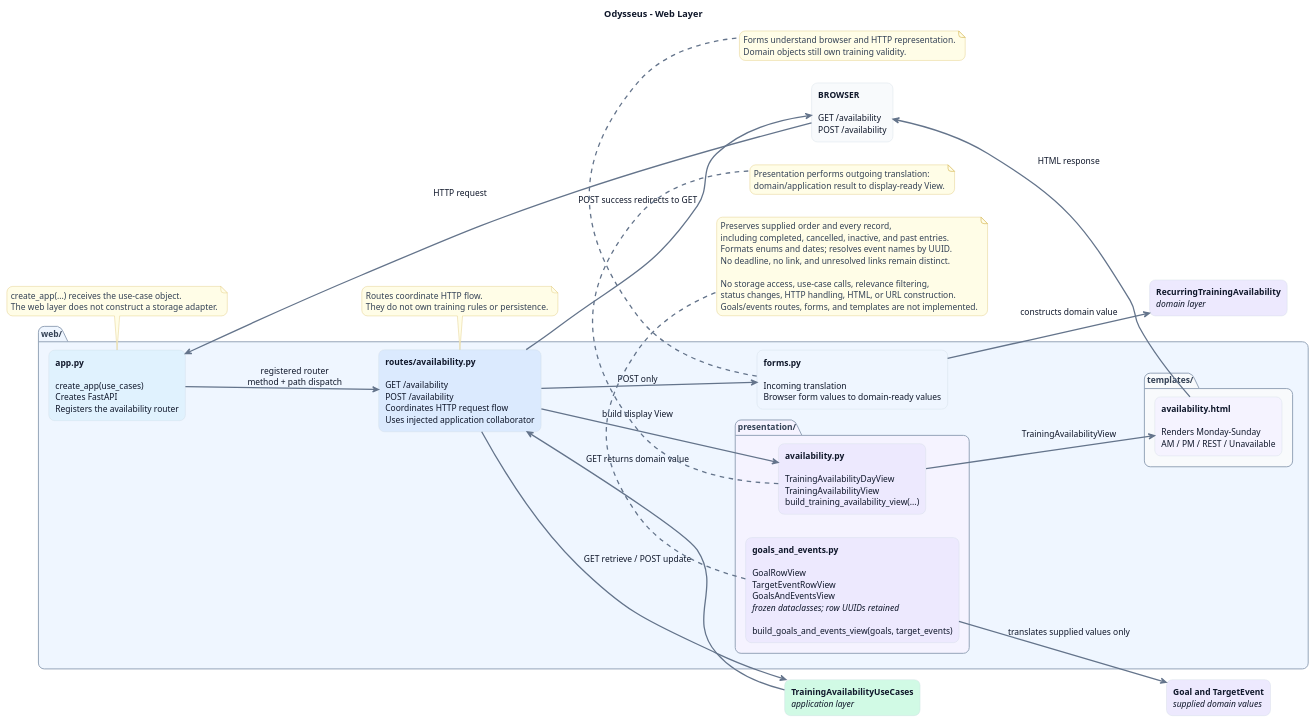
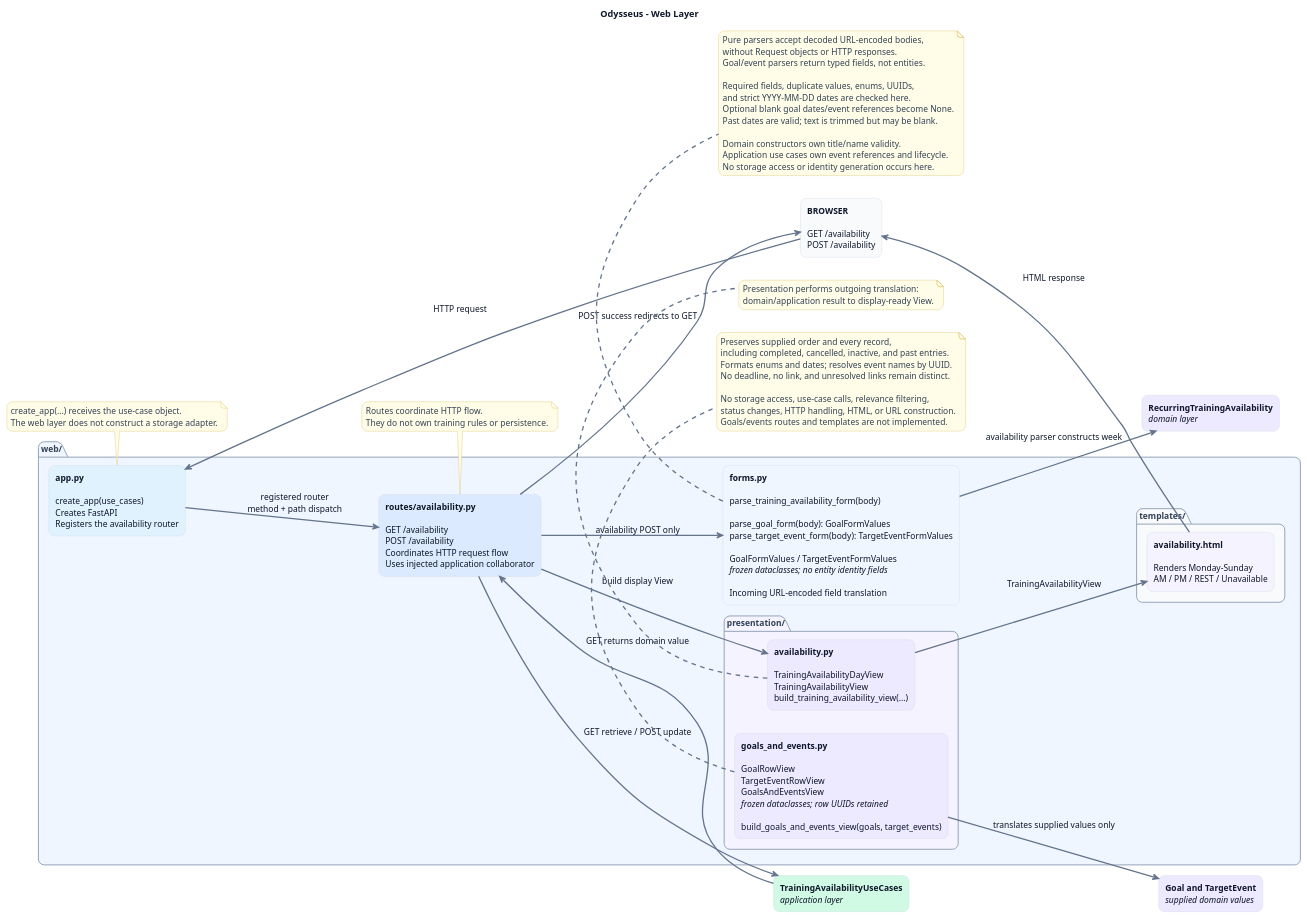
Before and after one commit to RedFrosty2/MC-portfolio: the diagram in apps/Odysseus/docs/architecture/diagrams/web-layer.puml, drawn with PlantUML. The commit also changed 3 other files, not shown here.

Commit message:
feat(odysseus): add goal and event form parsing

```diff
--- a/apps/Odysseus/docs/architecture/diagrams/web-layer.puml
+++ b/apps/Odysseus/docs/architecture/diagrams/web-layer.puml
@@ -1,104 +1,114 @@
 @startuml
 title Odysseus - Web Layer
 
 left to right direction
 hide empty description
 
 skinparam backgroundColor #FFFFFF
 skinparam shadowing false
 skinparam roundcorner 18
 skinparam ArrowColor #64748B
 skinparam ArrowThickness 2
 skinparam defaultFontName Arial
 skinparam defaultFontSize 13
 skinparam defaultFontColor #0F172A
 skinparam TitleFontColor #0F172A
 
 skinparam rectangle {
     BorderColor #CBD5E1
     FontColor #0F172A
 }
 
 skinparam package {
     BorderColor #94A3B8
     FontColor #334155
 }
 
 skinparam note {
     BackgroundColor #FFFDE7
     BorderColor #D6B656
     FontColor #334155
 }
 
 
 rectangle "<b>BROWSER</b>\n\nGET /availability\nPOST /availability" as Browser #F8FAFC
 
 package "web/" #EFF6FF {
     rectangle "<b>app.py</b>\n\ncreate_app(use_cases)\nCreates FastAPI\nRegisters the availability router" as App #E0F2FE
 
     rectangle "<b>routes/availability.py</b>\n\nGET /availability\nPOST /availability\nCoordinates HTTP request flow\nUses injected application collaborator" as Routes #DBEAFE
 
-    rectangle "<b>forms.py</b>\n\nIncoming translation\nBrowser form values to domain-ready values" as Forms #EFF6FF
+    rectangle "<b>forms.py</b>\n\nparse_training_availability_form(body)\n\nparse_goal_form(body): GoalFormValues\nparse_target_event_form(body): TargetEventFormValues\n\nGoalFormValues / TargetEventFormValues\n<i>frozen dataclasses; no entity identity fields</i>\n\nIncoming URL-encoded field translation" as Forms #EFF6FF
 
     package "presentation/" #F5F3FF {
         rectangle "<b>availability.py</b>\n\nTrainingAvailabilityDayView\nTrainingAvailabilityView\nbuild_training_availability_view(...)" as Presentation #EDE9FE
 
         rectangle "<b>goals_and_events.py</b>\n\nGoalRowView\nTargetEventRowView\nGoalsAndEventsView\n<i>frozen dataclasses; row UUIDs retained</i>\n\nbuild_goals_and_events_view(goals, target_events)" as GoalsPresentation #EDE9FE
     }
 
     package "templates/" #F8FAFC {
         rectangle "<b>availability.html</b>\n\nRenders Monday-Sunday\nAM / PM / REST / Unavailable" as Template #F5F3FF
     }
 }
 
 rectangle "<b>TrainingAvailabilityUseCases</b>\n<i>application layer</i>" as UseCases #D1FAE5
 rectangle "<b>RecurringTrainingAvailability</b>\n<i>domain layer</i>" as Domain #EDE9FE
 rectangle "<b>Goal and TargetEvent</b>\n<i>supplied domain values</i>" as GoalsDomain #EDE9FE
 
 Browser --> App : HTTP request
 App --> Routes : registered router\nmethod + path dispatch
 
 Routes --> UseCases : GET retrieve / POST update
-Routes --> Forms : POST only
-Forms --> Domain : constructs domain value
+Routes --> Forms : availability POST only
+Forms --> Domain : availability parser constructs week
 
 UseCases --> Routes : GET returns domain value
 Routes --> Presentation : build display View
 Presentation --> Template : TrainingAvailabilityView
 GoalsPresentation --> GoalsDomain : translates supplied values only
 Template --> Browser : HTML response
 
 Routes --> Browser : POST success redirects to GET
 
 note bottom of App
 create_app(...) receives the use-case object.
 The web layer does not construct a storage adapter.
 end note
 
 note bottom of Routes
 Routes coordinate HTTP flow.
 They do not own training rules or persistence.
 end note
 
 note bottom of Forms
-Forms understand browser and HTTP representation.
-Domain objects still own training validity.
+Pure parsers accept decoded URL-encoded bodies,
+without Request objects or HTTP responses.
+Goal/event parsers return typed fields, not entities.
+
+Required fields, duplicate values, enums, UUIDs,
+and strict YYYY-MM-DD dates are checked here.
+Optional blank goal dates/event references become None.
+Past dates are valid; text is trimmed but may be blank.
+
+Domain constructors own title/name validity.
+Application use cases own event references and lifecycle.
+No storage access or identity generation occurs here.
 end note
 
 note bottom of Presentation
 Presentation performs outgoing translation:
 domain/application result to display-ready View.
 end note
 
 note bottom of GoalsPresentation
 Preserves supplied order and every record,
 including completed, cancelled, inactive, and past entries.
 Formats enums and dates; resolves event names by UUID.
 No deadline, no link, and unresolved links remain distinct.
 
 No storage access, use-case calls, relevance filtering,
 status changes, HTTP handling, HTML, or URL construction.
-Goals/events routes, forms, and templates are not implemented.
+Goals/events routes and templates are not implemented.
 end note
 
 @enduml
```
